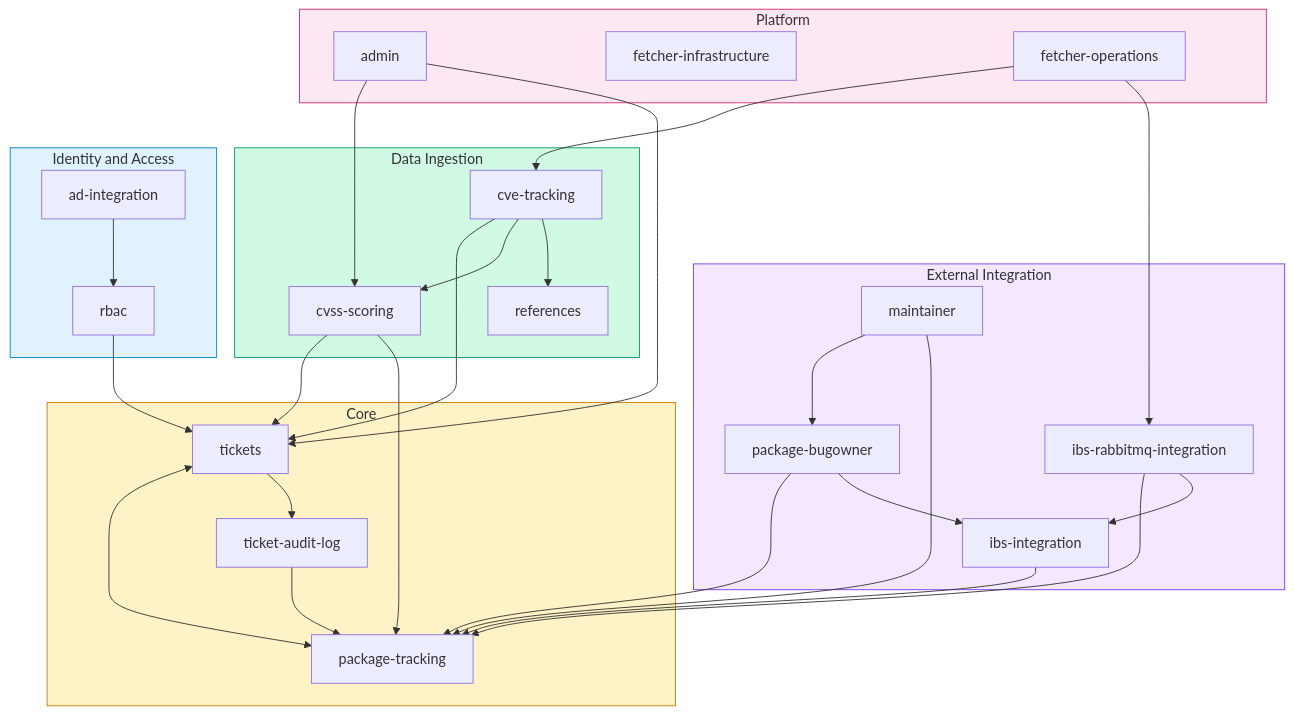
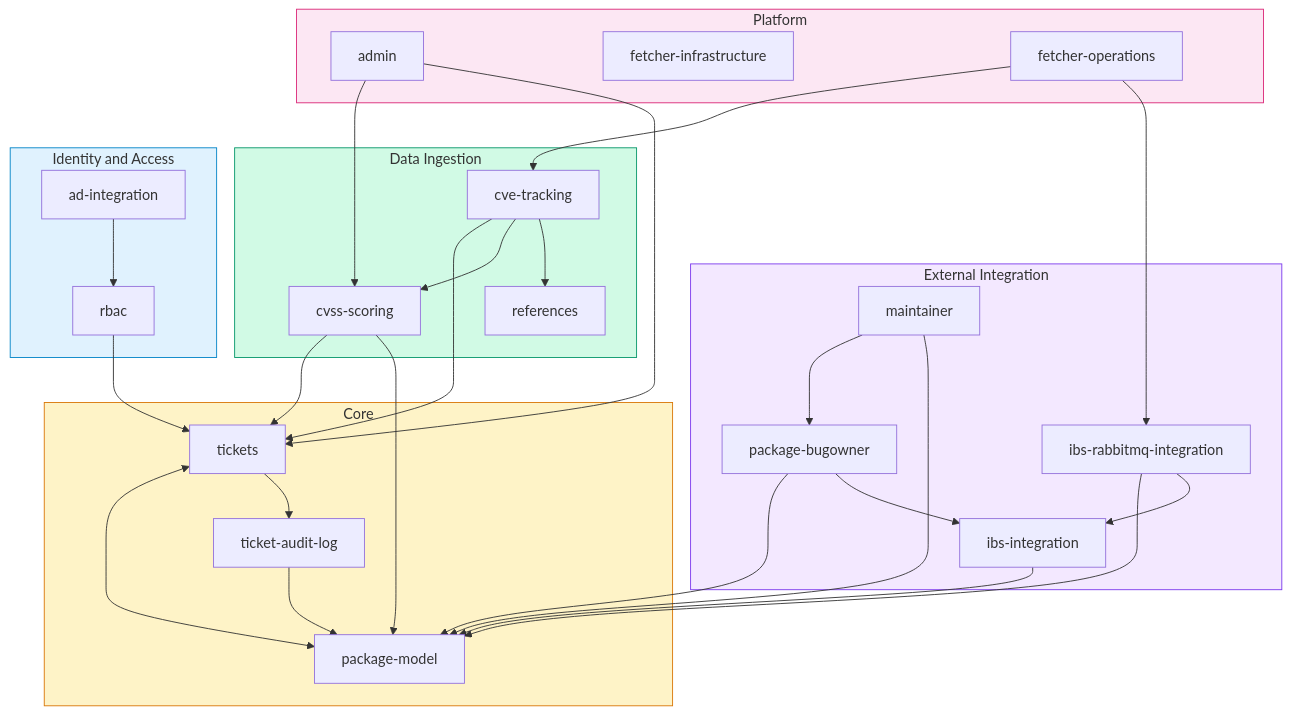
The sixth of 6 diagrams in docs/system-map.md (StayPirate/STAMP), drawn with Mermaid before and after one commit. The commit also changed other lines of this file and 32 other files, not shown here.

Commit message:
docs: rename package-tracking.md to package-model.md

````diff
--- a/docs/system-map.md
+++ b/docs/system-map.md
@@ -477,71 +477,71 @@
 ```mermaid
 flowchart TD
     subgraph core["Core"]
         TICKETS["tickets"]
         HISTORY["ticket-audit-log"]
-        PKG["package-tracking"]
+        PKG["package-model"]
     end
 
     subgraph ingestion["Data Ingestion"]
         CVE["cve-tracking"]
         CVSS["cvss-scoring"]
         REFS["references"]
     end
 
     subgraph integration["External Integration"]
         OBS["ibs-integration"]
         RABBIT["ibs-rabbitmq-integration"]
         BUGOWNER["package-bugowner"]
         MAINT["maintainer"]
     end
 
     subgraph identity["Identity and Access"]
         ADI["ad-integration"]
         RBAC["rbac"]
     end
 
     subgraph platform["Platform"]
         ADMIN["admin"]
         FETCHER_INFRA["fetcher-infrastructure"]
         FETCHER["fetcher-operations"]
     end
 
     %% Core internal links
     TICKETS <--> PKG
     TICKETS --> HISTORY
 
     %% Ingestion → Core
     CVE --> TICKETS
     CVE --> CVSS
     CVE --> REFS
     CVSS --> TICKETS
     CVSS --> PKG
 
     %% Integration → Core
     OBS --> PKG
     RABBIT --> PKG
     RABBIT --> OBS
     BUGOWNER --> PKG
     BUGOWNER --> OBS
     MAINT --> BUGOWNER
     MAINT --> PKG
 
     %% Identity → Core
     ADI --> RBAC
     RBAC --> TICKETS
 
     %% Platform → everything
     ADMIN --> CVSS
     ADMIN --> TICKETS
     FETCHER --> CVE
     FETCHER --> RABBIT
 
     %% History links
     HISTORY --> PKG
 
     style core fill:#fef3c7,stroke:#d97706
     style ingestion fill:#d1fae5,stroke:#059669
     style integration fill:#f3e8ff,stroke:#7c3aed
     style identity fill:#e0f2fe,stroke:#0284c7
     style platform fill:#fce7f3,stroke:#db2777
 ```
````
